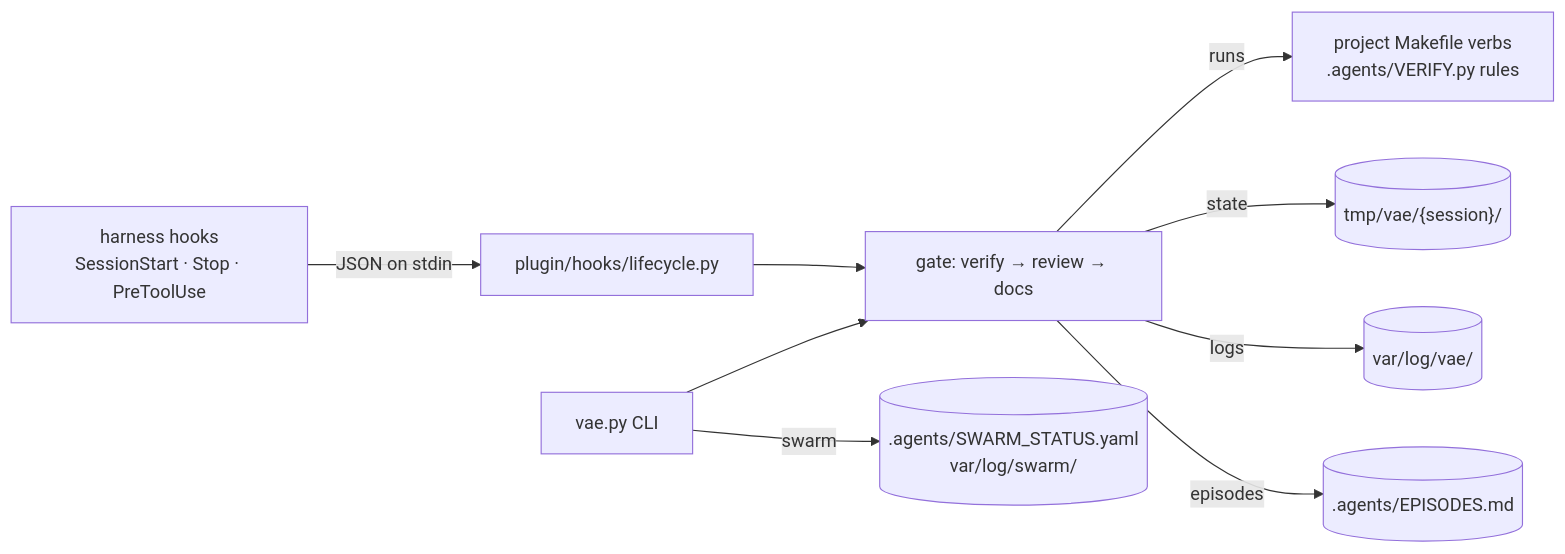
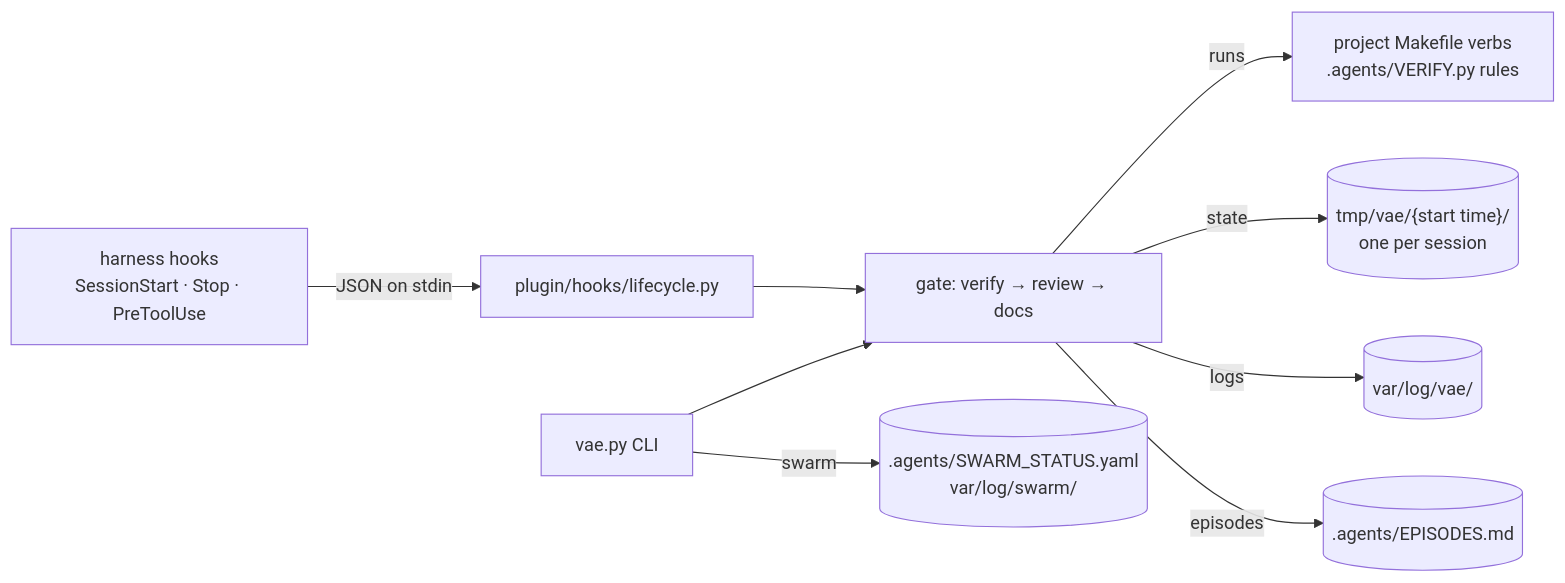
One commit to kyr0/defuss-vae changed the diagram in ARCH.md. Above: the diagram before and after it, drawn with Mermaid. The commit also changed 7 other files, not shown here.

First line of the commit message:
feat(state): name session folders by start time

````diff
--- a/ARCH.md
+++ b/ARCH.md
@@ -11,11 +11,11 @@
 ```mermaid
 flowchart LR
     H["harness hooks<br/>SessionStart · Stop · PreToolUse"] -->|"JSON on stdin"| L["plugin/hooks/lifecycle.py"]
     C["vae.py CLI"] --> G
     L --> G["gate: verify → review → docs"]
     G -->|"runs"| P["project Makefile verbs<br/>.agents/VERIFY.py rules"]
-    G -->|"state"| S[("tmp/vae/{session}/")]
+    G -->|"state"| S[("tmp/vae/{start time}/<br/>one per session")]
     G -->|"logs"| V[("var/log/vae/")]
     G -->|"episodes"| A[(".agents/EPISODES.md")]
     C -->|"swarm"| W[(".agents/SWARM_STATUS.yaml<br/>var/log/swarm/")]
 ```
````
